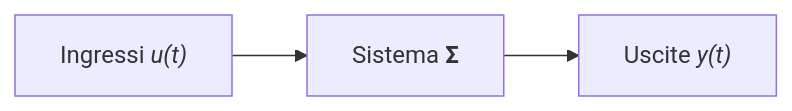
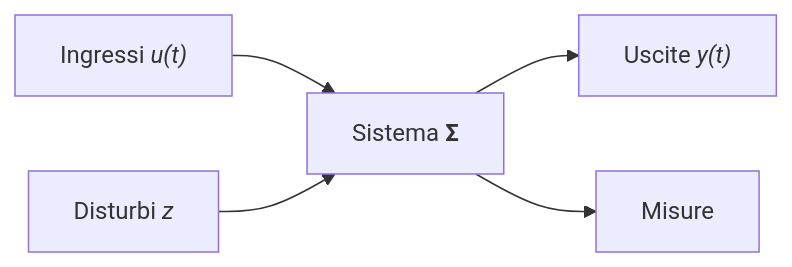
Before and after one commit to aetherstrata/obsidian-uni: the diagram in Automatica/Sistema.md, drawn with Mermaid. The commit also changed other lines of this file and 24 other files, not shown here.

````diff
--- a/Automatica/Sistema.md
+++ b/Automatica/Sistema.md
@@ -7,4 +7,5 @@
 ```mermaid
 flowchart LR
 	U["`Ingressi _u(t)_`"] --> X["`Sistema **Σ**`"] --> Y["`Uscite _y(t)_`"]
+	Z["`Disturbi _z_`"] --> X --> M["`Misure`"]
 ```
````
